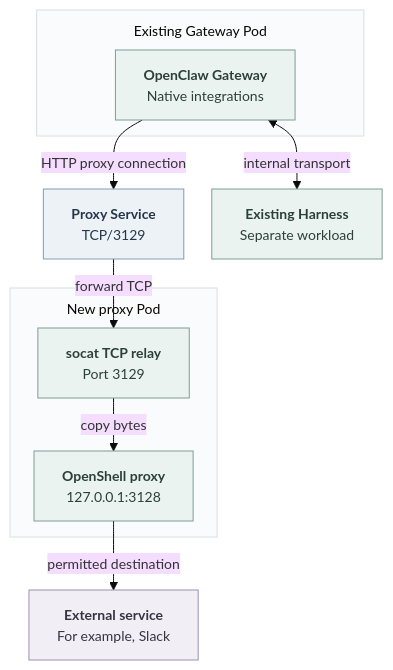
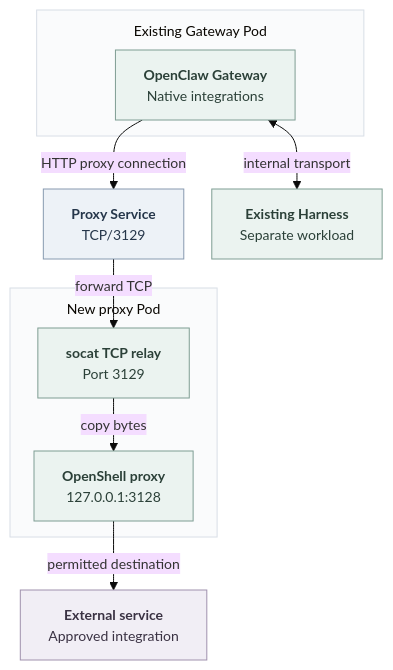
Before and after one commit to raw-labs/openclaw-enterprise: the diagram in specs/rfcs/0024-gateway-outbound-proxy-reuse.md, drawn with Mermaid. The commit also changed other lines of this file, not shown here.

````diff
--- a/specs/rfcs/0024-gateway-outbound-proxy-reuse.md
+++ b/specs/rfcs/0024-gateway-outbound-proxy-reuse.md
@@ -39,40 +41,40 @@
 ```mermaid
 ---
 config:
   theme: base
   htmlLabels: true
   themeVariables:
     fontSize: 14px
   flowchart:
     nodeSpacing: 28
     rankSpacing: 32
     padding: 14
     subGraphTitleMargin:
       top: 10
       bottom: 14
 ---
 flowchart TB
   subgraph GatewayPod["Existing Gateway Pod"]
     G["<b>OpenClaw Gateway</b><br/>Native integrations"]
   end
   S["<b>Proxy Service</b><br/>TCP/3129"]
   subgraph ProxyPod["New proxy Pod"]
     R["<b>socat TCP relay</b><br/>Port 3129"]
     P["<b>OpenShell proxy</b><br/>127.0.0.1:3128"]
     R -->|copy bytes| P
   end
-  E["<b>External service</b><br/>For example, Slack"]
+  E["<b>External service</b><br/>Approved integration"]
   H["<b>Existing Harness</b><br/>Separate workload"]
   G -->|HTTP proxy connection| S
   S -->|forward TCP| R
   P -->|permitted destination| E
   G <-->|internal transport| H
   classDef workload fill:#EBF3F0,stroke:#7F9D93,color:#2B4038,stroke-width:1px
   classDef endpoint fill:#EDF2F7,stroke:#879AB0,color:#25364A,stroke-width:1px
   classDef external fill:#F1EEF5,stroke:#A091AD,color:#3A3243,stroke-width:1px
   class G,R,P,H workload
   class S endpoint
   class E external
   style GatewayPod fill:#FAFBFC,stroke:#D8DEE6,stroke-width:1px
   style ProxyPod fill:#FAFBFC,stroke:#D8DEE6,stroke-width:1px
 ```
````
